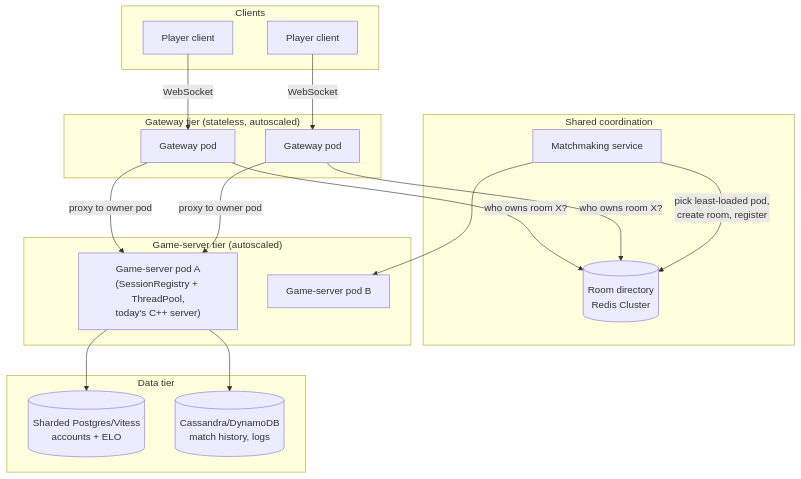
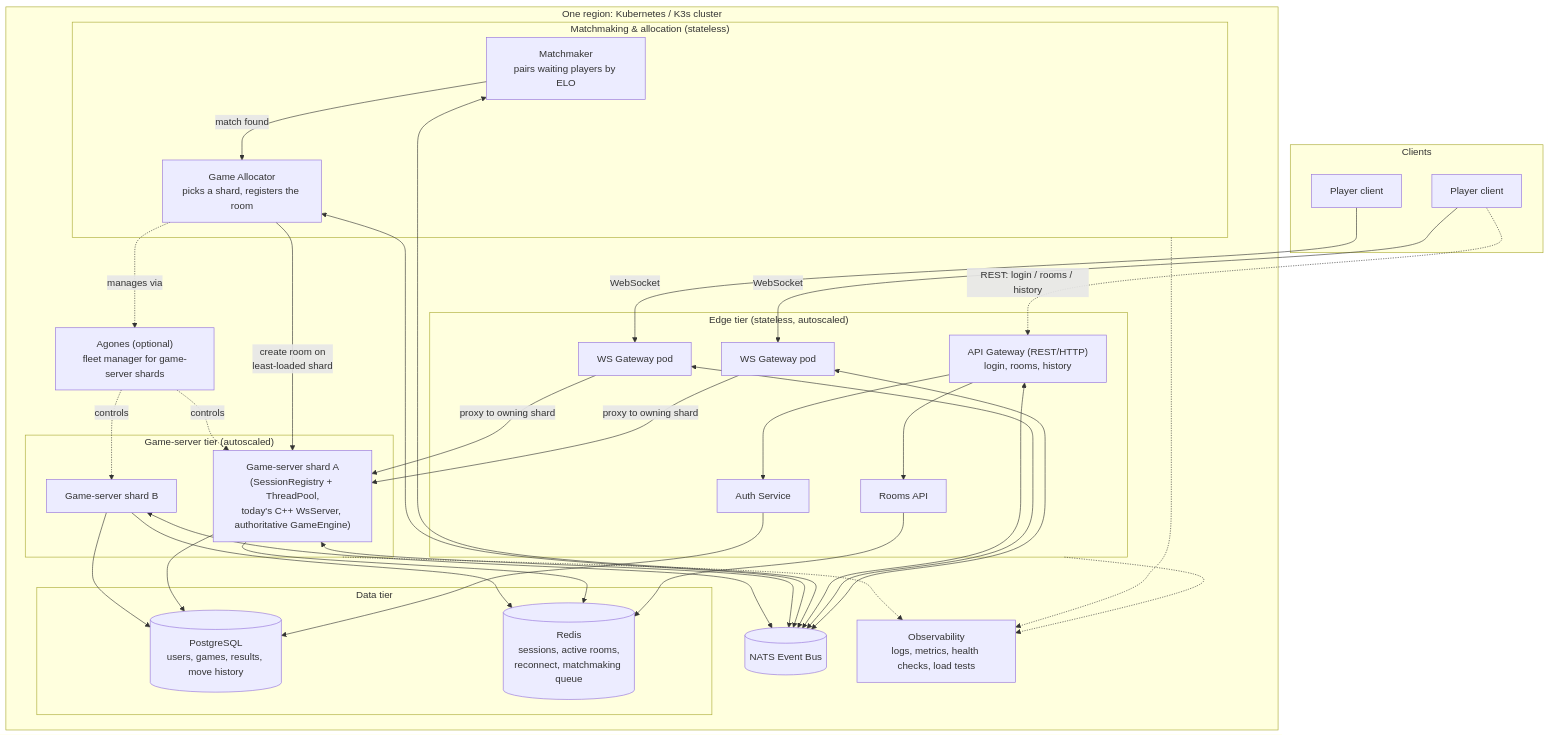
One commit to Malki-Epshtein/Kung_Fu_Chess changed the diagram in Server_Design.md. Above: the diagram before and after it, drawn with Mermaid. The commit also changed other lines of this file, not shown here.

First line of the commit message:
Bring the design doc in line with the API Gateway/WS Gateway split that shipped

````diff
--- a/Server_Design.md
+++ b/Server_Design.md
@@ -210,38 +218,72 @@
 ```mermaid
 flowchart TB
     subgraph Clients
         C1[Player client]
         C2[Player client]
     end
 
-    subgraph Edge["Gateway tier (stateless, autoscaled)"]
-        GW1[Gateway pod]
-        GW2[Gateway pod]
+    subgraph Cluster["One region: Kubernetes / K3s cluster"]
+        subgraph Edge["Edge tier (stateless, autoscaled)"]
+            APIGW["API Gateway (REST/HTTP)<br/>login, rooms, history"]
+            AUTH[Auth Service]
+            ROOMSAPI[Rooms API]
+            WSGW1[WS Gateway pod]
+            WSGW2[WS Gateway pod]
+        end
+
+        BUS[(NATS Event Bus)]
+
+        subgraph Coord["Matchmaking & allocation (stateless)"]
+            MM["Matchmaker<br/>pairs waiting players by ELO"]
+            ALLOC["Game Allocator<br/>picks a shard, registers the room"]
+        end
+
+        AGONES["Agones (optional)<br/>fleet manager for game-server shards"]
+
+        subgraph Game["Game-server tier (autoscaled)"]
+            GS1["Game-server shard A<br/>(SessionRegistry + ThreadPool,<br/>today's C++ WsServer, authoritative GameEngine)"]
+            GS2["Game-server shard B"]
+        end
+
+        subgraph Data["Data tier"]
+            PG[(PostgreSQL<br/>users, games, results, move history)]
+            REDIS[(Redis<br/>sessions, active rooms,<br/>reconnect, matchmaking queue)]
+        end
+
+        OBS["Observability<br/>logs, metrics, health checks, load tests"]
     end
 
-    subgraph Coord["Shared coordination"]
-        DIR[(Room directory<br/>Redis Cluster)]
-        MM[Matchmaking service]
-    end
+    C1 -- WebSocket --> WSGW1
+    C2 -- WebSocket --> WSGW2
+    C1 -. "REST: login / rooms / history" .-> APIGW
+    APIGW --> AUTH
+    APIGW --> ROOMSAPI
 
-    subgraph Game["Game-server tier (autoscaled)"]
-        GS1["Game-server pod A<br/>(SessionRegistry + ThreadPool,<br/>today's C++ server)"]
-        GS2["Game-server pod B"]
-    end
+    WSGW1 <--> BUS
+    WSGW2 <--> BUS
+    APIGW <--> BUS
+    MM <--> BUS
+    ALLOC <--> BUS
+    GS1 <--> BUS
+    GS2 <--> BUS
 
-    subgraph Data["Data tier"]
-        USERDB[(Sharded Postgres/Vitess<br/>accounts + ELO)]
-        HISTDB[(Cassandra/DynamoDB<br/>match history, logs)]
-    end
+    MM -- "match found" --> ALLOC
+    ALLOC -- "create room on<br/>least-loaded shard" --> GS1
+    ALLOC -. manages via .-> AGONES
+    AGONES -. controls .-> GS1
+    AGONES -. controls .-> GS2
 
-    C1 -- WebSocket --> GW1
-    C2 -- WebSocket --> GW2
-    GW1 -- "who owns room X?" --> DIR
-    GW2 -- "who owns room X?" --> DIR
-    GW1 -- proxy to owner pod --> GS1
-    GW2 -- proxy to owner pod --> GS1
-    MM -- "pick least-loaded pod,<br/>create room, register" --> DIR
-    MM --> GS2
-    GS1 --> USERDB
-    GS1 --> HISTDB
+    WSGW1 -- "proxy to owning shard" --> GS1
+    WSGW2 -- "proxy to owning shard" --> GS1
+
+    AUTH --> PG
+    ROOMSAPI --> REDIS
+    GS1 --> PG
+    GS1 --> REDIS
+    GS2 --> PG
+    GS2 --> REDIS
+
+    Edge -.-> OBS
+    Coord -.-> OBS
+    Game -.-> OBS
 ```
````
